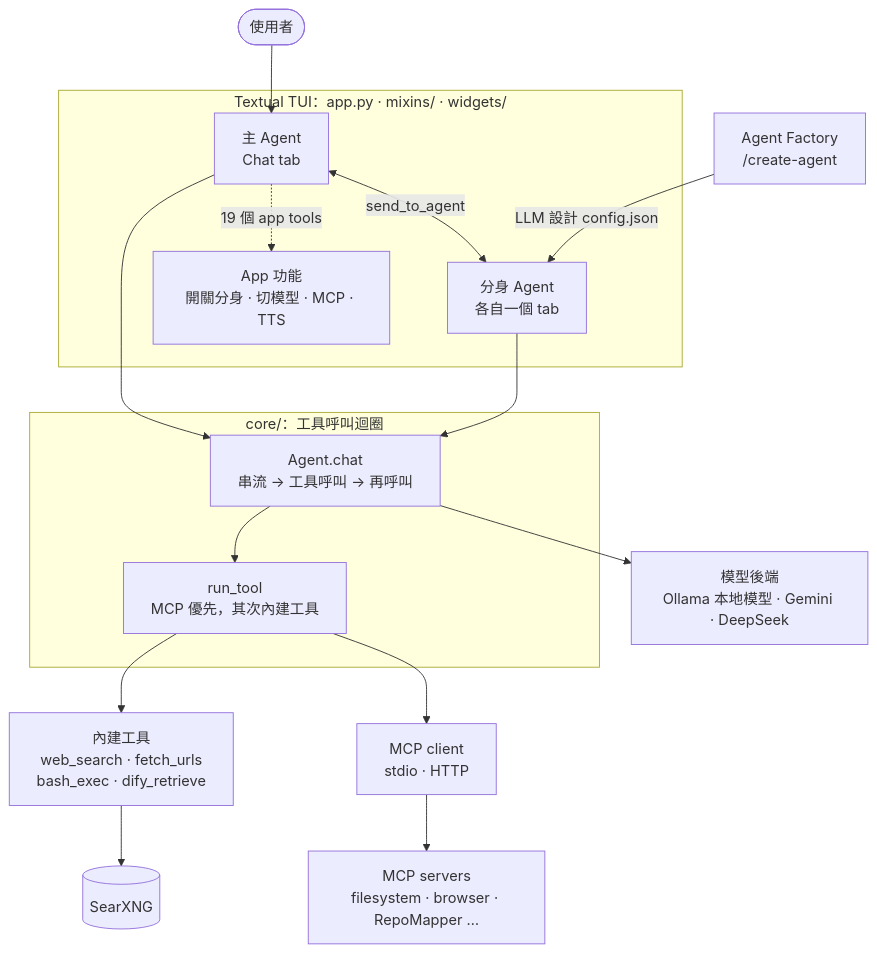
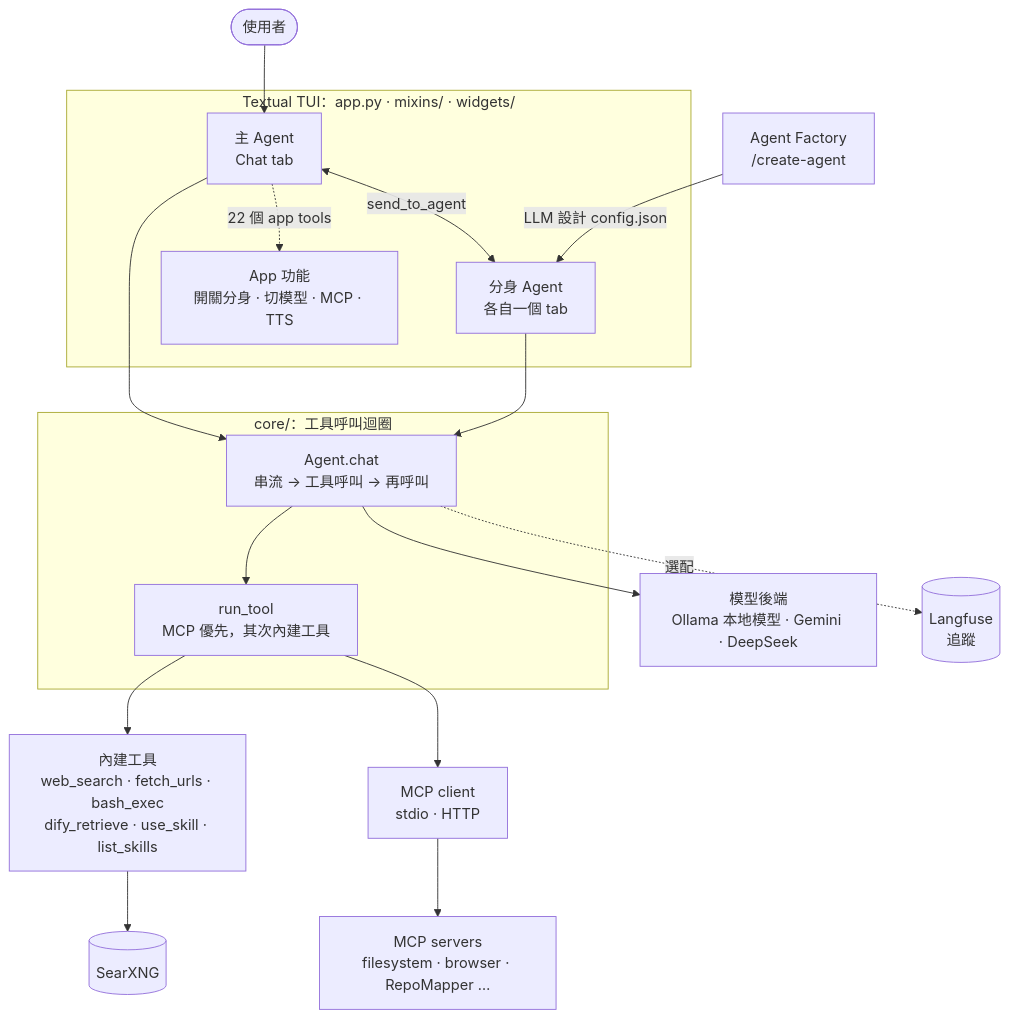
The diagram in README.md (duncan-wen/kai), drawn with Mermaid before and after one commit. The commit also changed other lines of this file and 7 other files, not shown here.

````diff
--- a/README.md
+++ b/README.md
@@ -145,30 +154,31 @@
 ```mermaid
 flowchart TB
     U([使用者]) --> Main
 
     subgraph TUI["Textual TUI：app.py · mixins/ · widgets/"]
         Main["主 Agent<br/>Chat tab"]
         Sub["分身 Agent<br/>各自一個 tab"]
         AppFn["App 功能<br/>開關分身 · 切模型 · MCP · TTS"]
         Main <-->|send_to_agent| Sub
-        Main -.->|19 個 app tools| AppFn
+        Main -.->|22 個 app tools| AppFn
     end
 
     Factory["Agent Factory<br/>/create-agent"] -->|LLM 設計 config.json| Sub
 
     subgraph Core["core/：工具呼叫迴圈"]
         Loop["Agent.chat<br/>串流 → 工具呼叫 → 再呼叫"]
         Dispatch["run_tool<br/>MCP 優先，其次內建工具"]
         Loop --> Dispatch
     end
 
     Main --> Loop
     Sub --> Loop
 
     Loop --> Backends["模型後端<br/>Ollama 本地模型 · Gemini · DeepSeek"]
 
-    Dispatch --> Builtin["內建工具<br/>web_search · fetch_urls<br/>bash_exec · dify_retrieve"]
+    Dispatch --> Builtin["內建工具<br/>web_search · fetch_urls · bash_exec<br/>dify_retrieve · use_skill · list_skills"]
     Dispatch --> MCP["MCP client<br/>stdio · HTTP"]
     Builtin --> SearXNG[(SearXNG)]
     MCP --> Servers["MCP servers<br/>filesystem · browser · RepoMapper …"]
+    Loop -.->|選配| LF[(Langfuse<br/>追蹤)]
 ```
````
